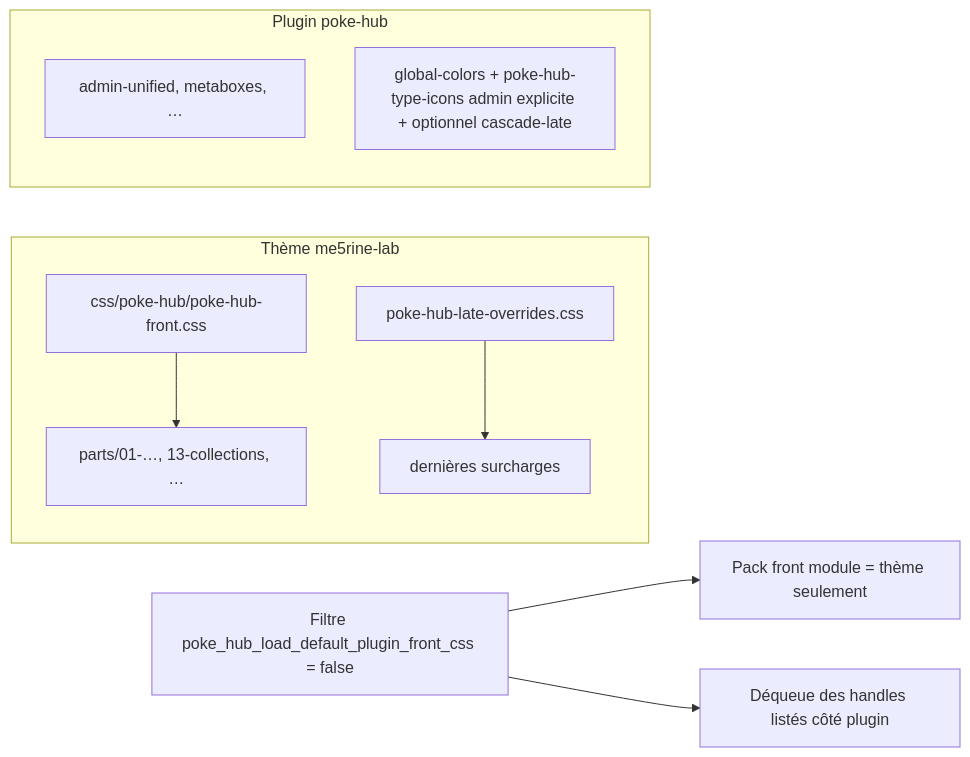
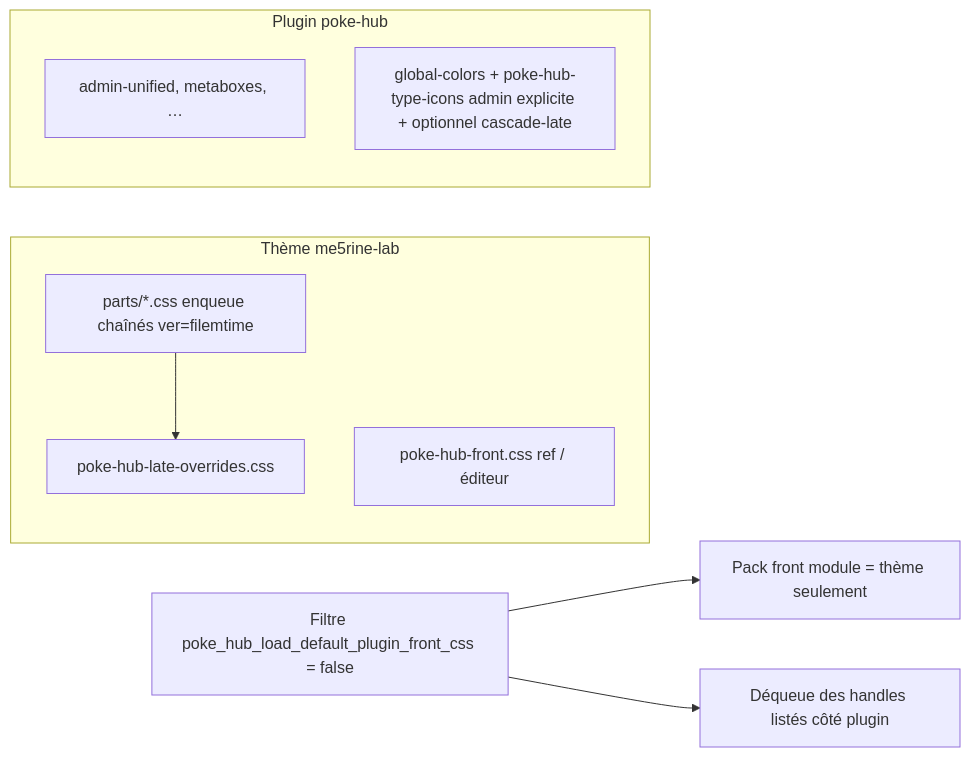
The diagram in docs/THEME_FRONT_CSS.md (Me5rine/poke-hub), drawn with Mermaid before and after one commit. The commit also changed other lines of this file and 38 other files, not shown here.

````diff
--- a/docs/THEME_FRONT_CSS.md
+++ b/docs/THEME_FRONT_CSS.md
@@ -19,13 +19,14 @@
 ```mermaid
 flowchart LR
   subgraph theme["Thème me5rine-lab"]
-    A[css/poke-hub/poke-hub-front.css] --> B[parts/01-…, 13-collections, …]
-    C[poke-hub-late-overrides.css] --> D[dernières surcharges]
+    A[parts/*.css enqueue chaînés ver=filemtime]
+    A --> B[poke-hub-late-overrides.css]
+    C[poke-hub-front.css ref / éditeur]
   end
   subgraph plugin["Plugin poke-hub"]
     E[admin-unified, metaboxes, …]
     F[global-colors + poke-hub-type-icons admin explicite + optionnel cascade-late]
   end
   G["Filtre poke_hub_load_default_plugin_front_css = false"] --> H["Pack front module = thème seulement"]
   G --> I["Déqueue des handles listés côté plugin"]
 ```
````
